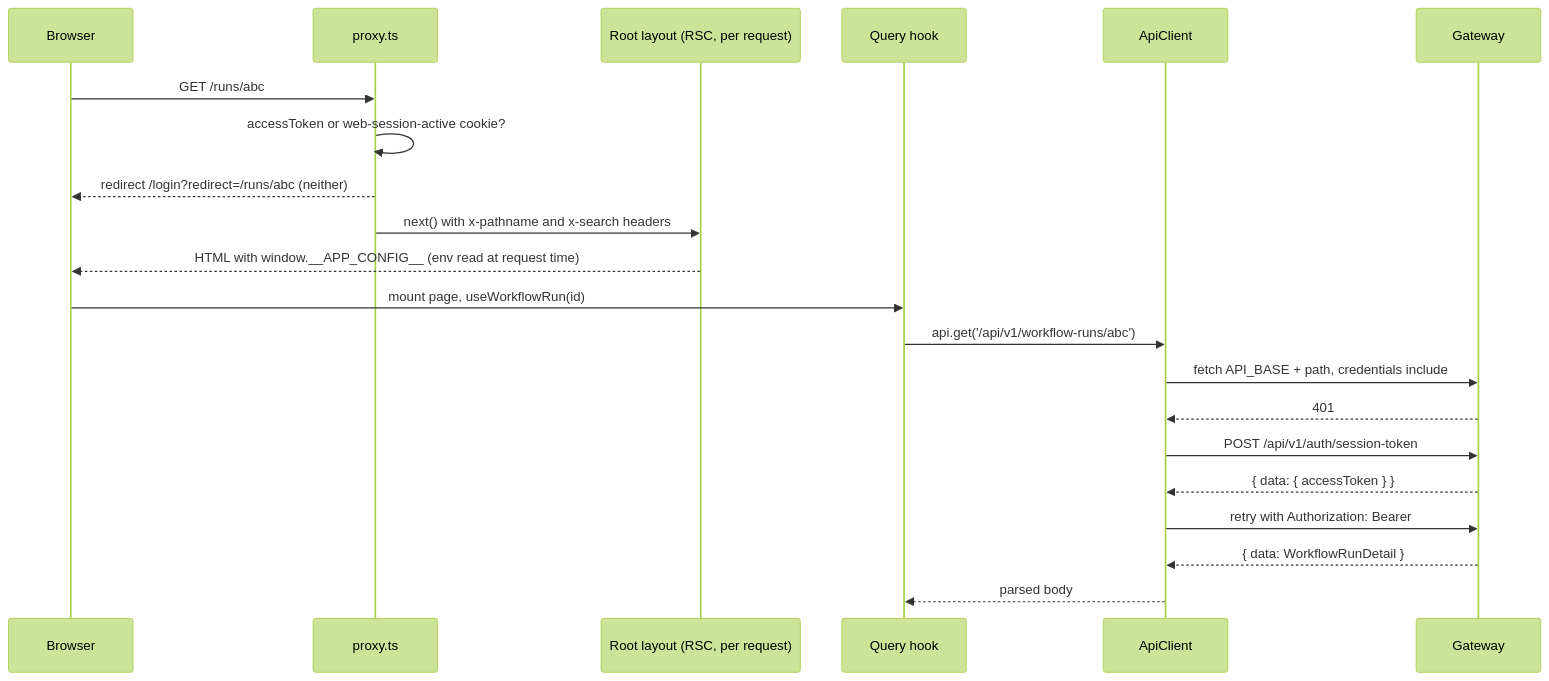
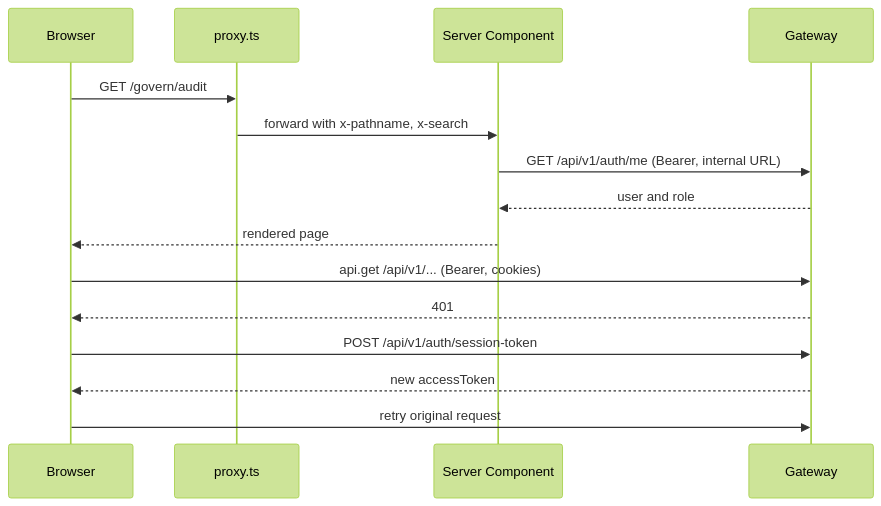
Before and after one commit to yorch/auto-swe: the second of 2 diagrams in wiki/5-web-dashboard.md, drawn with Mermaid (forest theme). The commit also changed other lines of this file and 30 other files, not shown here.

````diff
--- a/wiki/5-web-dashboard.md
+++ b/wiki/5-web-dashboard.md
@@ -185,24 +110,17 @@
 ```mermaid
 sequenceDiagram
-    participant B as Browser
-    participant P as proxy.ts
-    participant L as Root layout (RSC, per request)
-    participant H as Query hook
-    participant A as ApiClient
-    participant G as Gateway
-
-    B->>P: GET /runs/abc
-    P->>P: accessToken or web-session-active cookie?
-    P-->>B: redirect /login?redirect=/runs/abc (neither)
-    P->>L: next() with x-pathname and x-search headers
-    L-->>B: HTML with window.__APP_CONFIG__ (env read at request time)
-    B->>H: mount page, useWorkflowRun(id)
-    H->>A: api.get('/api/v1/workflow-runs/abc')
-    A->>G: fetch API_BASE + path, credentials include
-    G-->>A: 401
-    A->>G: POST /api/v1/auth/session-token
-    G-->>A: { data: { accessToken } }
-    A->>G: retry with Authorization: Bearer
-    G-->>A: { data: WorkflowRunDetail }
-    A-->>H: parsed body
+  participant B as Browser
+  participant P as proxy.ts
+  participant S as Server Component
+  participant G as Gateway
+  B->>P: GET /govern/audit
+  P->>S: forward with x-pathname, x-search
+  S->>G: GET /api/v1/auth/me (Bearer, internal URL)
+  G-->>S: user and role
+  S-->>B: rendered page
+  B->>G: api.get /api/v1/... (Bearer, cookies)
+  G-->>B: 401
+  B->>G: POST /api/v1/auth/session-token
+  G-->>B: new accessToken
+  B->>G: retry original request
 ```
````
